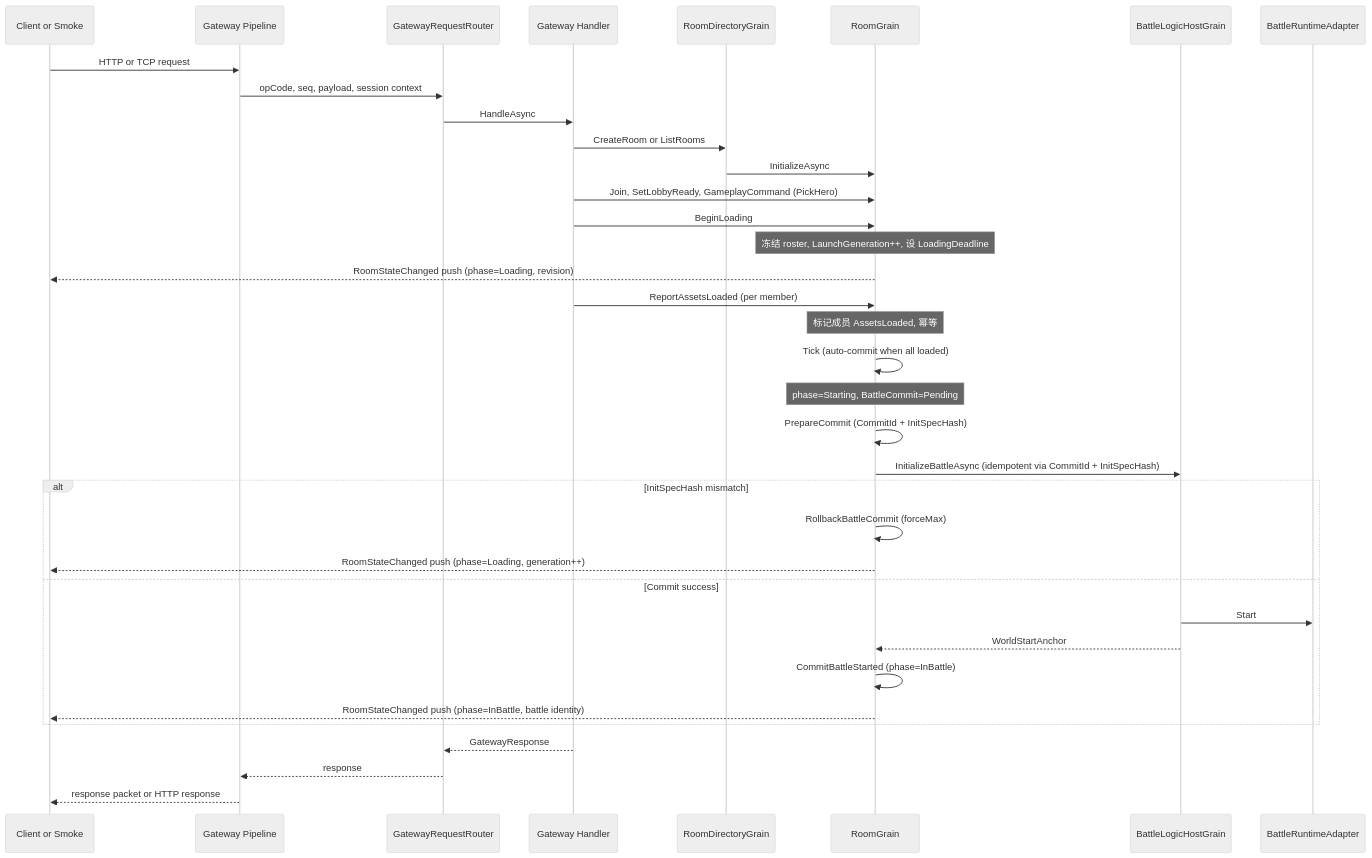
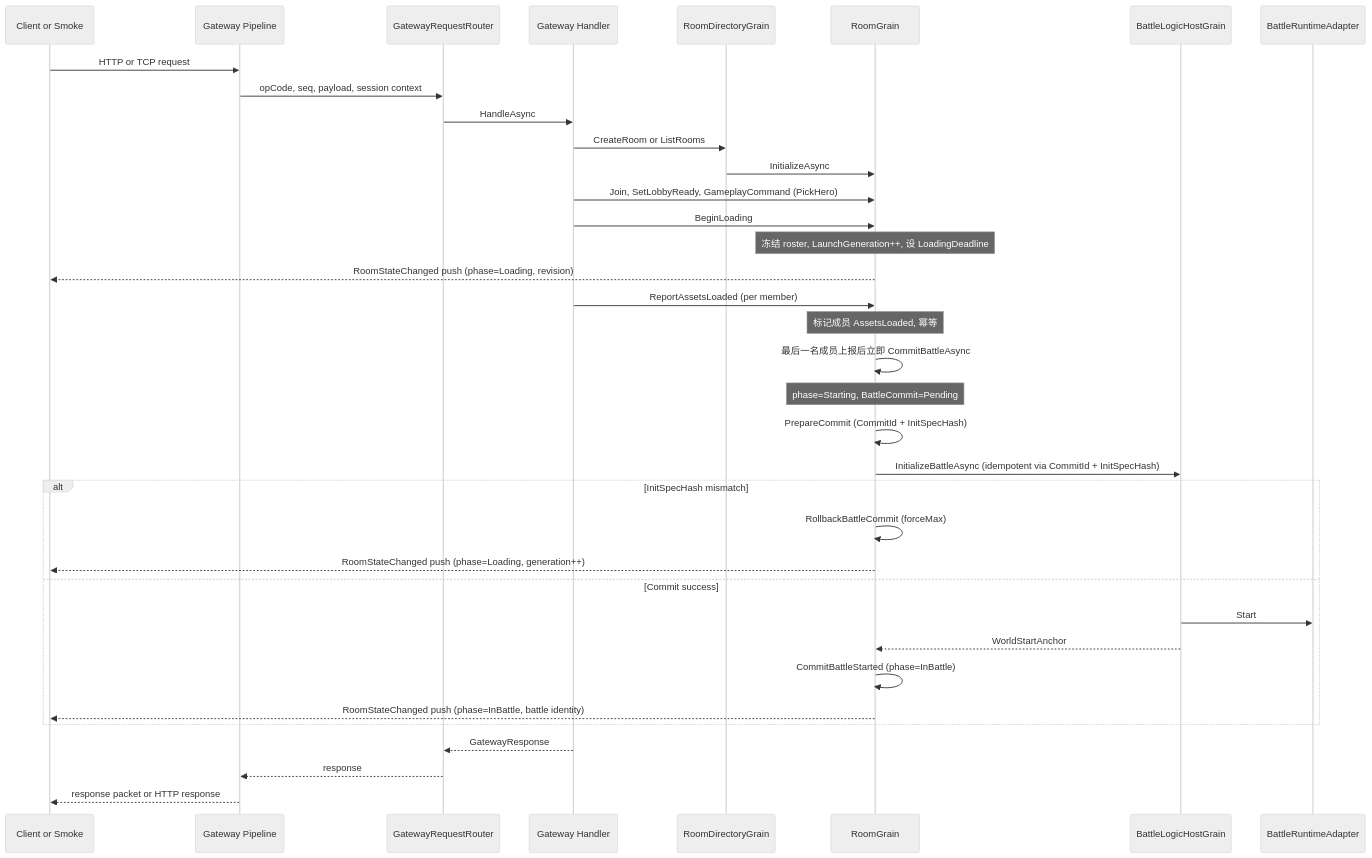
The first of 5 diagrams in Docs/design/12-ServerArchitecture/02-GatewayRoomBattleFlow.md (HOBOBO/AbilityKit), drawn with Mermaid (neutral theme) before and after one commit. The commit also changed other lines of this file and 537 other files, not shown here.

````diff
--- a/Docs/design/12-ServerArchitecture/02-GatewayRoomBattleFlow.md
+++ b/Docs/design/12-ServerArchitecture/02-GatewayRoomBattleFlow.md
@@ -40,39 +44,39 @@
 ```mermaid
 sequenceDiagram
     participant Client as Client or Smoke
     participant Gateway as Gateway Pipeline
     participant Router as GatewayRequestRouter
     participant Handler as Gateway Handler
     participant Directory as RoomDirectoryGrain
     participant Room as RoomGrain
     participant Battle as BattleLogicHostGrain
     participant Runtime as BattleRuntimeAdapter
 
     Client->>Gateway: HTTP or TCP request
     Gateway->>Router: opCode, seq, payload, session context
     Router->>Handler: HandleAsync
     Handler->>Directory: CreateRoom or ListRooms
     Directory->>Room: InitializeAsync
     Handler->>Room: Join, SetLobbyReady, GameplayCommand (PickHero)
     Handler->>Room: BeginLoading
     Note over Room: 冻结 roster, LaunchGeneration++, 设 LoadingDeadline
     Room-->>Client: RoomStateChanged push (phase=Loading, revision)
     Handler->>Room: ReportAssetsLoaded (per member)
     Note over Room: 标记成员 AssetsLoaded, 幂等
-    Room->>Room: Tick (auto-commit when all loaded)
+    Room->>Room: 最后一名成员上报后立即 CommitBattleAsync
     Note over Room: phase=Starting, BattleCommit=Pending
     Room->>Room: PrepareCommit (CommitId + InitSpecHash)
     Room->>Battle: InitializeBattleAsync (idempotent via CommitId + InitSpecHash)
     alt InitSpecHash mismatch
         Room->>Room: RollbackBattleCommit (forceMax)
         Room-->>Client: RoomStateChanged push (phase=Loading, generation++)
     else Commit success
         Battle->>Runtime: Start
         Battle-->>Room: WorldStartAnchor
         Room->>Room: CommitBattleStarted (phase=InBattle)
         Room-->>Client: RoomStateChanged push (phase=InBattle, battle identity)
     end
     Handler-->>Router: GatewayResponse
     Router-->>Gateway: response
     Gateway-->>Client: response packet or HTTP response
 ```
````
